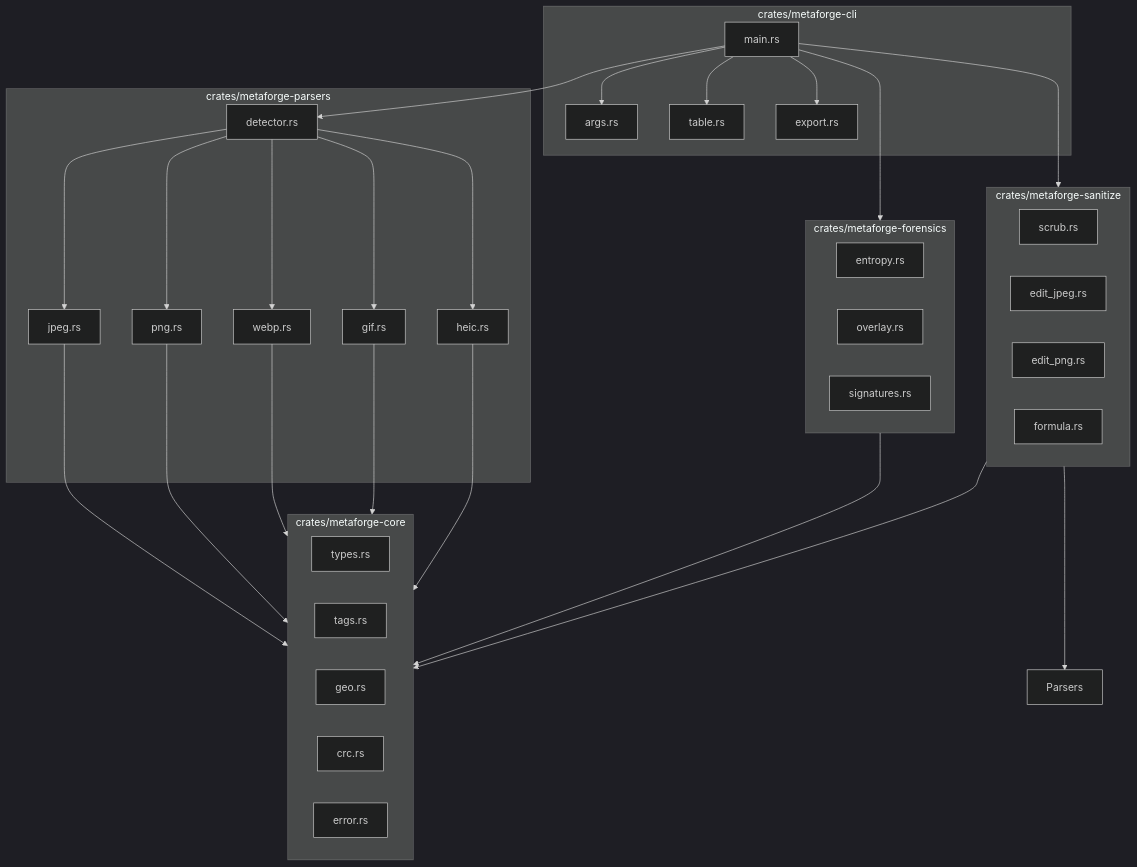
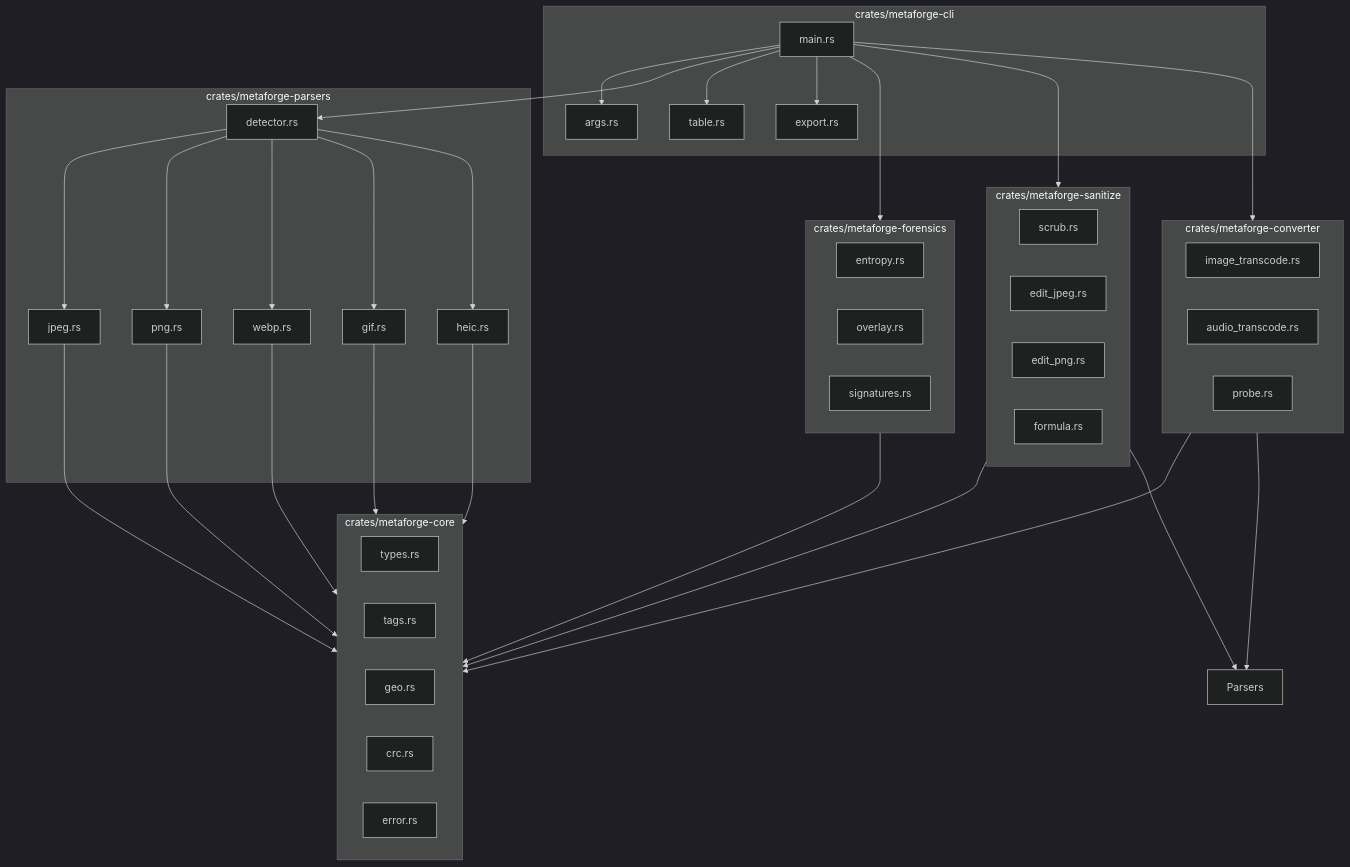
Before and after one commit to xuoxod/metaforge: the first of 2 diagrams in docs/ARCHITECTURE.md, drawn with Mermaid (dark theme). The commit also changed other lines of this file and 21 other files, not shown here.

````diff
--- a/docs/ARCHITECTURE.md
+++ b/docs/ARCHITECTURE.md
@@ -17,62 +18,71 @@
 ```mermaid
 graph TD
     subgraph Cockpit ["crates/metaforge-cli"]
         Main["main.rs"]
         Args["args.rs"]
         Table["table.rs"]
         Export["export.rs"]
     end
 
     subgraph Scanners ["crates/metaforge-parsers"]
         Detector["detector.rs"]
         JpegParser["jpeg.rs"]
         PngParser["png.rs"]
         WebpParser["webp.rs"]
         GifParser["gif.rs"]
         HeicParser["heic.rs"]
+    end
+
+    subgraph Converter ["crates/metaforge-converter"]
+        ImageTranscode["image_transcode.rs"]
+        AudioTranscode["audio_transcode.rs"]
+        Probe["probe.rs"]
     end
 
     subgraph Forensics ["crates/metaforge-forensics"]
         Entropy["entropy.rs"]
         Overlay["overlay.rs"]
         Signatures["signatures.rs"]
     end
 
     subgraph Sanitize ["crates/metaforge-sanitize"]
         Scrub["scrub.rs"]
         EditJpeg["edit_jpeg.rs"]
         EditPng["edit_png.rs"]
         Formula["formula.rs"]
     end
 
     subgraph Core ["crates/metaforge-core"]
         Types["types.rs"]
         Tags["tags.rs"]
         Geo["geo.rs"]
         Crc["crc.rs"]
         Error["error.rs"]
     end
 
     Main --> Args
     Main --> Detector
     Main --> Forensics
     Main --> Sanitize
+    Main --> Converter
     Main --> Table
     Main --> Export
 
+    Converter --> Core
+    Converter --> Parsers
     Detector --> JpegParser
     Detector --> PngParser
     Detector --> WebpParser
     Detector --> GifParser
     Detector --> HeicParser
 
     JpegParser --> Core
     PngParser --> Core
     WebpParser --> Core
     GifParser --> Core
     HeicParser --> Core
 
     Forensics --> Core
     Sanitize --> Core
     Sanitize --> Parsers
 ```
````
